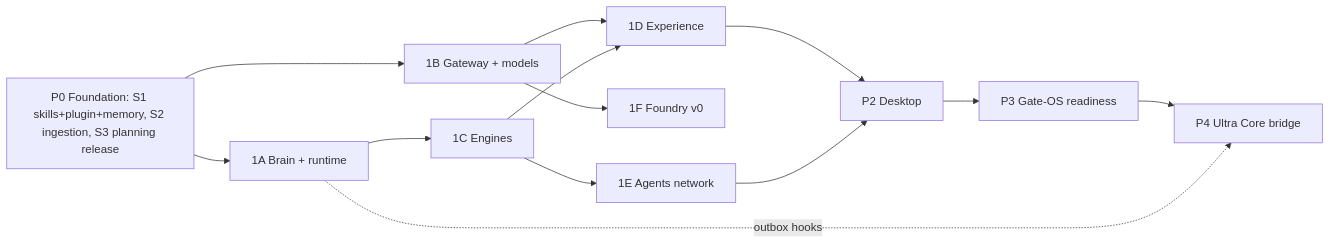
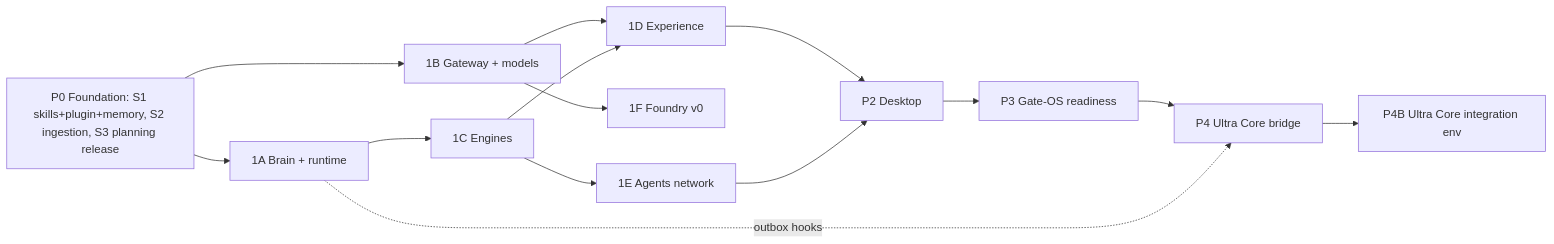
Before and after one commit to Ultra-Cube/Ultra-AI: the third of 3 diagrams in brain-stack/workflows/ULTRA_AI_TODO.md, drawn with Mermaid. The commit also changed other lines of this file, not shown here.

First line of the commit message:
docs(planning): add P4B Ultra Core integration roadmap

````diff
--- a/brain-stack/workflows/ULTRA_AI_TODO.md
+++ b/brain-stack/workflows/ULTRA_AI_TODO.md
@@ -52,15 +54,16 @@
 ```mermaid
 flowchart LR
     P0["P0 Foundation: S1 skills+plugin+memory, S2 ingestion, S3 planning release"] --> P1A["1A Brain + runtime"]
     P0 --> P1B["1B Gateway + models"]
     P1A --> P1C["1C Engines"]
     P1B --> P1D["1D Experience"]
     P1B --> P1F["1F Foundry v0"]
     P1C --> P1E["1E Agents network"]
     P1C --> P1D
     P1D --> P2["P2 Desktop"]
     P1E --> P2
     P2 --> P3["P3 Gate-OS readiness"]
     P3 --> P4["P4 Ultra Core bridge"]
+    P4 --> P4B["P4B Ultra Core integration env"]
     P1A -. "outbox hooks" .-> P4
 ```
````
